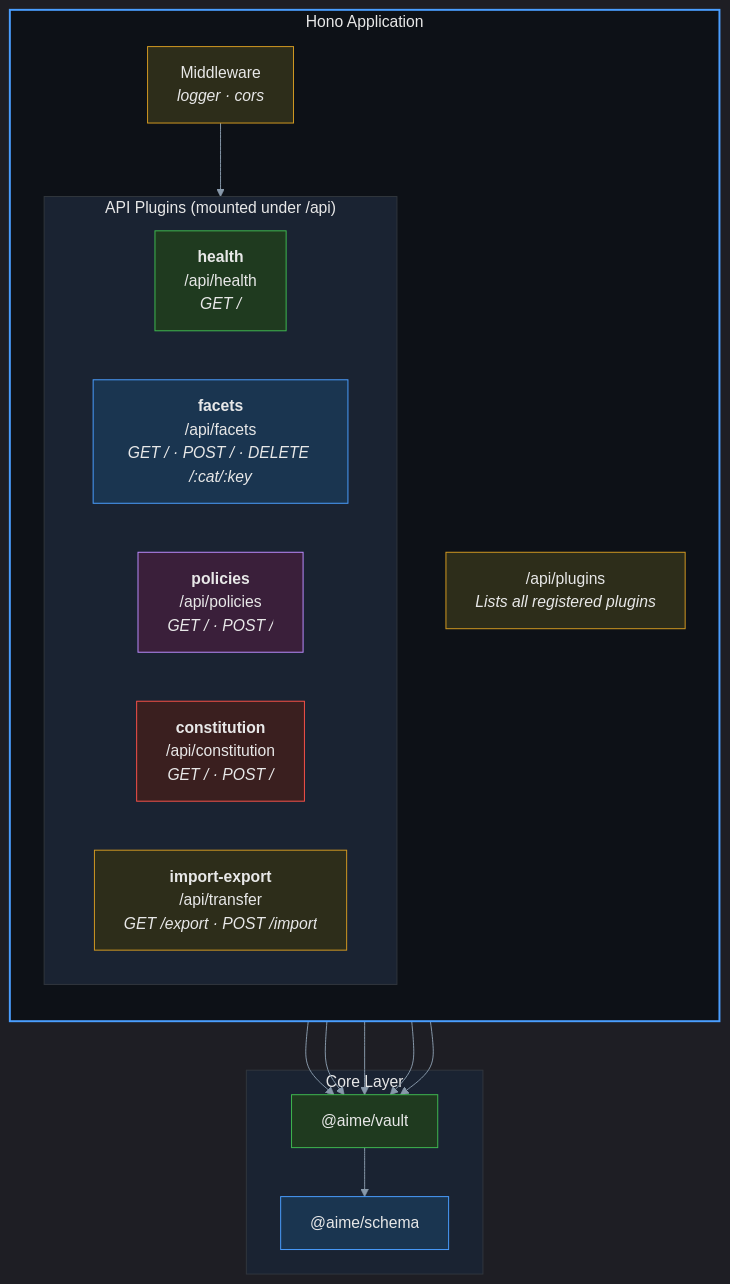
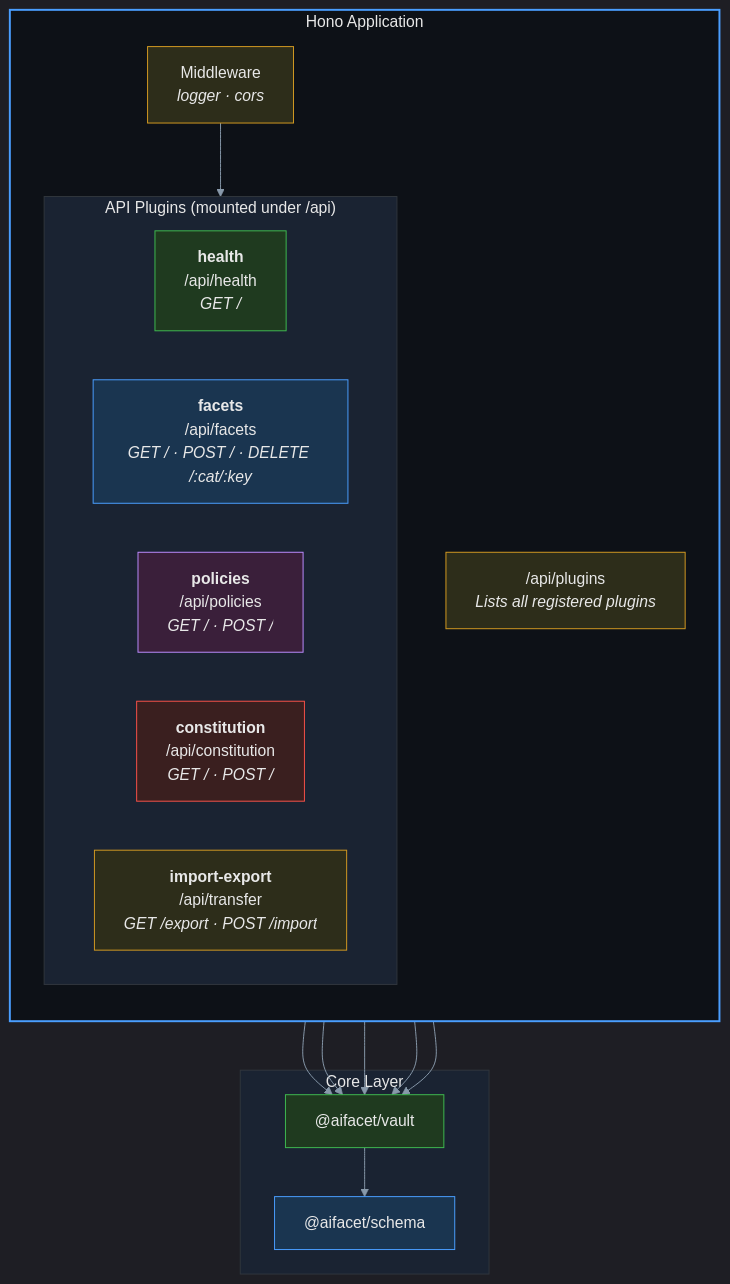
The fourth of 6 diagrams in docs/design/ARCHITECTURE.md (escamez/aifacet), drawn with Mermaid before and after one commit. The commit also changed other lines of this file and 46 other files, not shown here.

First line of the commit message:
Rename project from AIME/contextme to AIFacet

````diff
--- a/docs/design/ARCHITECTURE.md
+++ b/docs/design/ARCHITECTURE.md
@@ -138,46 +138,46 @@
 ```mermaid
 %%{init: {'theme': 'dark', 'themeVariables': {'primaryColor': '#4a9eff', 'primaryTextColor': '#e8e8e8', 'primaryBorderColor': '#6bb3ff', 'lineColor': '#8899aa', 'secondaryColor': '#2d5a8a', 'tertiaryColor': '#1a3550'}}}%%
 
 graph TB
     subgraph APP["Hono Application"]
         direction TB
         MW["Middleware<br/><i>logger · cors</i>"]
 
         subgraph PLUGINS["API Plugins (mounted under /api)"]
             direction LR
             HEALTH["<b>health</b><br/>/api/health<br/><i>GET /</i>"]
             FACETS["<b>facets</b><br/>/api/facets<br/><i>GET / · POST / · DELETE /:cat/:key</i>"]
             POLICIES["<b>policies</b><br/>/api/policies<br/><i>GET / · POST /</i>"]
             CONSTITUTION["<b>constitution</b><br/>/api/constitution<br/><i>GET / · POST /</i>"]
             TRANSFER["<b>import-export</b><br/>/api/transfer<br/><i>GET /export · POST /import</i>"]
         end
 
         LISTING["/api/plugins<br/><i>Lists all registered plugins</i>"]
     end
 
     subgraph CORE["Core Layer"]
-        VAULT["@aime/vault"]
-        SCHEMA["@aime/schema"]
+        VAULT["@aifacet/vault"]
+        SCHEMA["@aifacet/schema"]
     end
 
     MW --> PLUGINS
     HEALTH --> VAULT
     FACETS --> VAULT
     POLICIES --> VAULT
     CONSTITUTION --> VAULT
     TRANSFER --> VAULT
     VAULT --> SCHEMA
 
     style APP fill:#0d1117,stroke:#4a9eff,stroke-width:2px,color:#e8e8e8
     style PLUGINS fill:#1a2332,stroke:#30363d,stroke-width:1px,color:#e8e8e8
     style CORE fill:#1a2332,stroke:#30363d,stroke-width:1px,color:#e8e8e8
     style MW fill:#2d2d1a,stroke:#d29922,color:#e8e8e8
     style LISTING fill:#2d2d1a,stroke:#d29922,color:#e8e8e8
     style HEALTH fill:#1f3a1f,stroke:#3fb950,color:#e8e8e8
     style FACETS fill:#1a3550,stroke:#4a9eff,color:#e8e8e8
     style POLICIES fill:#3a1f3a,stroke:#bc8cff,color:#e8e8e8
     style CONSTITUTION fill:#3a1f1f,stroke:#f85149,color:#e8e8e8
     style TRANSFER fill:#2d2d1a,stroke:#d29922,color:#e8e8e8
     style VAULT fill:#1f3a1f,stroke:#3fb950,color:#e8e8e8
     style SCHEMA fill:#1a3550,stroke:#4a9eff,color:#e8e8e8
 ```
````
